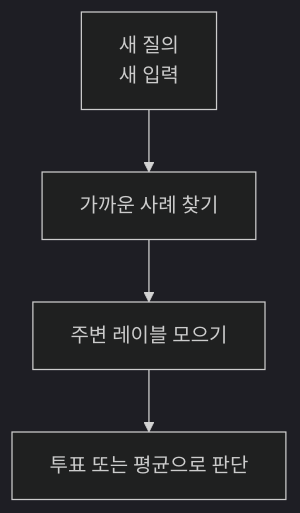
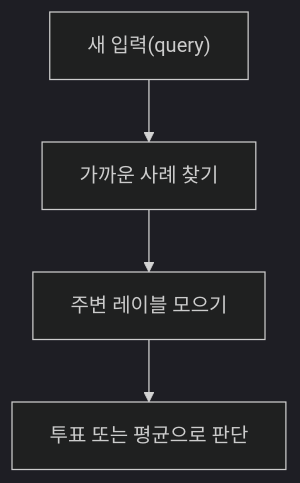
The diagram in docs/assets/part-04/chapter-12/p4-12-1-mermaid-01-ko.mmd (devchan64/AiBook), drawn with Mermaid (dark theme) before and after one commit. The commit also changed 5 other files, not shown here.

Commit message:
Refine duplicated part 4 mermaid labels

```diff
--- a/docs/assets/part-04/chapter-12/p4-12-1-mermaid-01-ko.mmd
+++ b/docs/assets/part-04/chapter-12/p4-12-1-mermaid-01-ko.mmd
@@ -1,7 +1,7 @@
 flowchart TD
-  A["새 질의<br/>새 입력"]
+  A["새 입력(query)"]
   B["가까운 사례 찾기"]
   C["주변 레이블 모으기"]
   D["투표 또는 평균으로 판단"]
 
   A --> B --> C --> D
```
